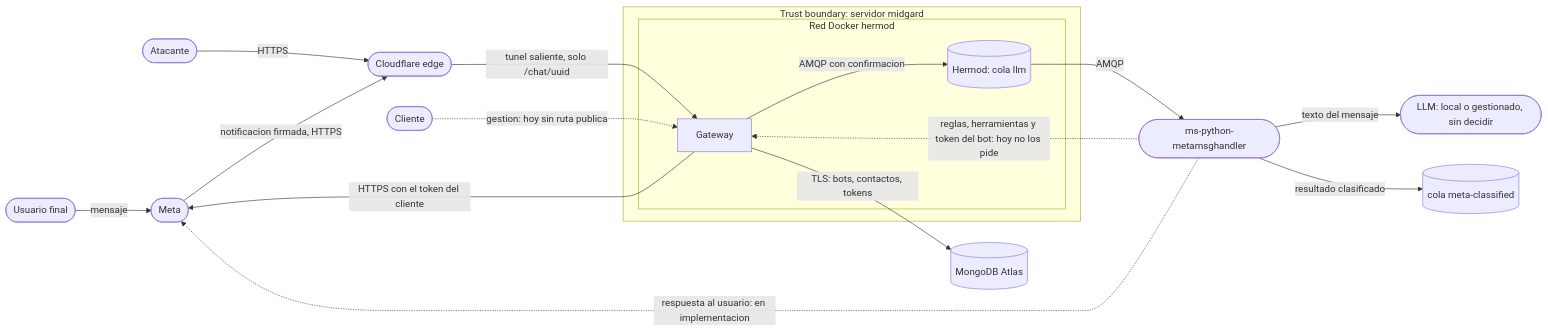
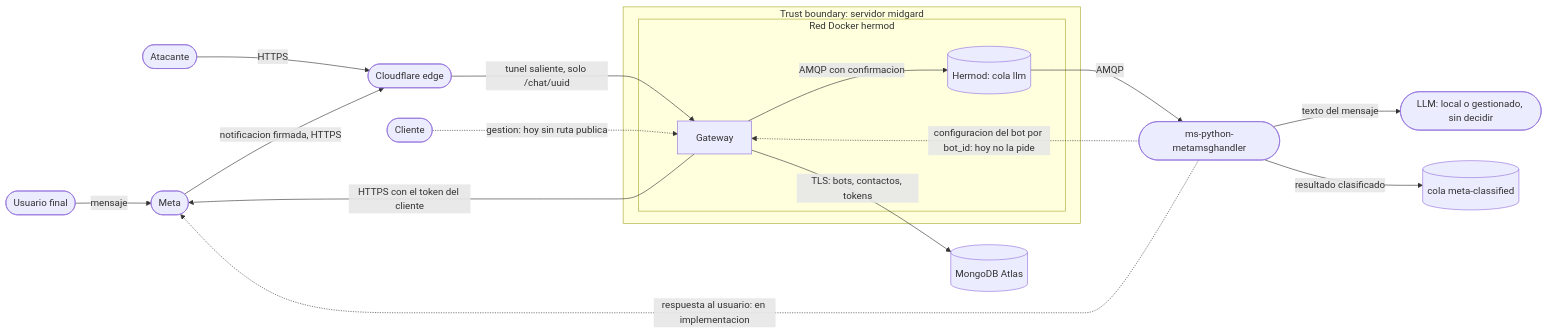
Before and after one commit to jeremialcala/wh-python-fastapi-messenger: the fourth of 5 diagrams in docs/01-requirements/mvp-baas-gateway.md, drawn with Mermaid. The commit also changed other lines of this file and 6 other files, not shown here.

````diff
--- a/docs/01-requirements/mvp-baas-gateway.md
+++ b/docs/01-requirements/mvp-baas-gateway.md
@@ -269,20 +270,20 @@
 ```mermaid
 flowchart LR
     U([Usuario final]) -->|mensaje| META([Meta])
     ATK([Atacante]) -->|HTTPS| CF
     META -->|"notificacion firmada, HTTPS"| CF([Cloudflare edge])
     CF -->|"tunel saliente, solo /chat/uuid"| GW
     CLI([Cliente]) -.->|"gestion: hoy sin ruta publica"| GW
     subgraph SRV [Trust boundary: servidor midgard]
       subgraph NET [Red Docker hermod]
         GW[Gateway] -->|"AMQP con confirmacion"| Q[(Hermod: cola llm)]
       end
     end
     GW -->|"TLS: bots, contactos, tokens"| DB[(MongoDB Atlas)]
     GW -->|"HTTPS con el token del cliente"| META
     Q -->|AMQP| MOTOR([ms-python-metamsghandler])
     MOTOR -->|"texto del mensaje"| LLM([LLM: local o gestionado, sin decidir])
     MOTOR -->|"resultado clasificado"| Q2[(cola meta-classified)]
-    MOTOR -.->|"reglas, herramientas y token del bot: hoy no los pide"| GW
+    MOTOR -.->|"configuracion del bot por bot_id: hoy no la pide"| GW
     MOTOR -.->|"respuesta al usuario: en implementacion"| META
 ```
````
